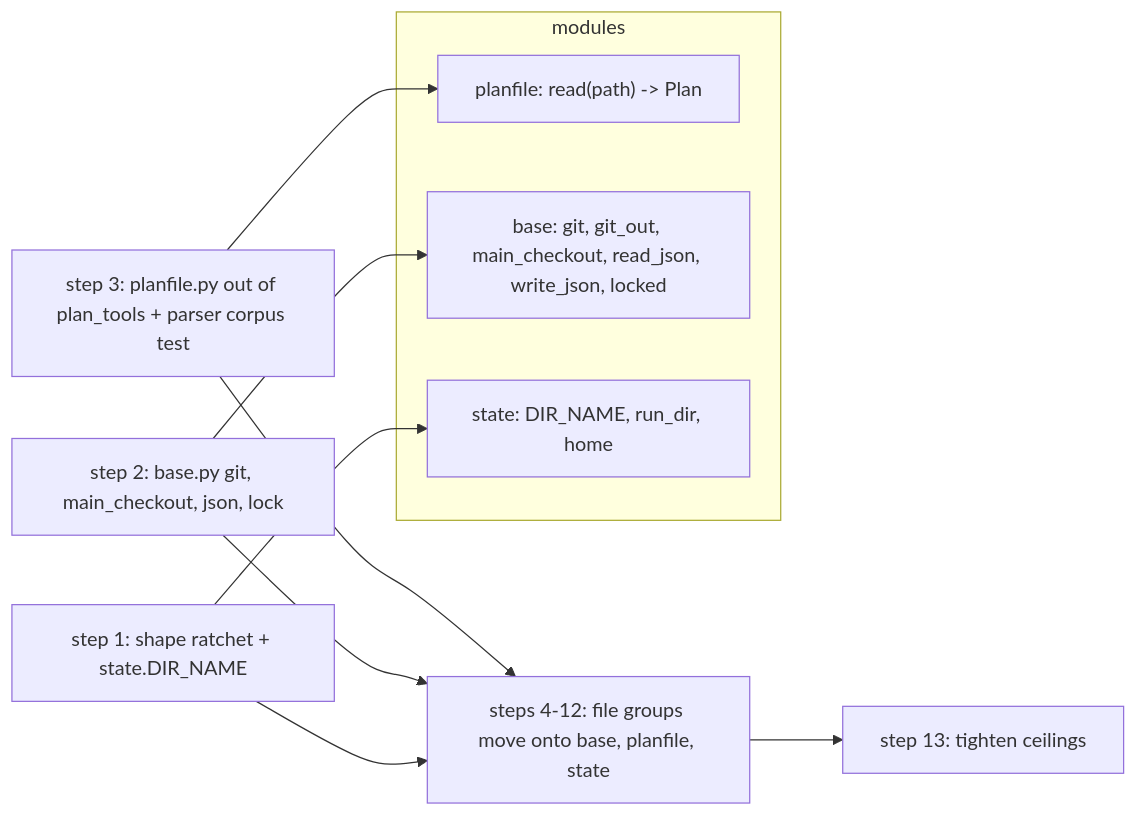
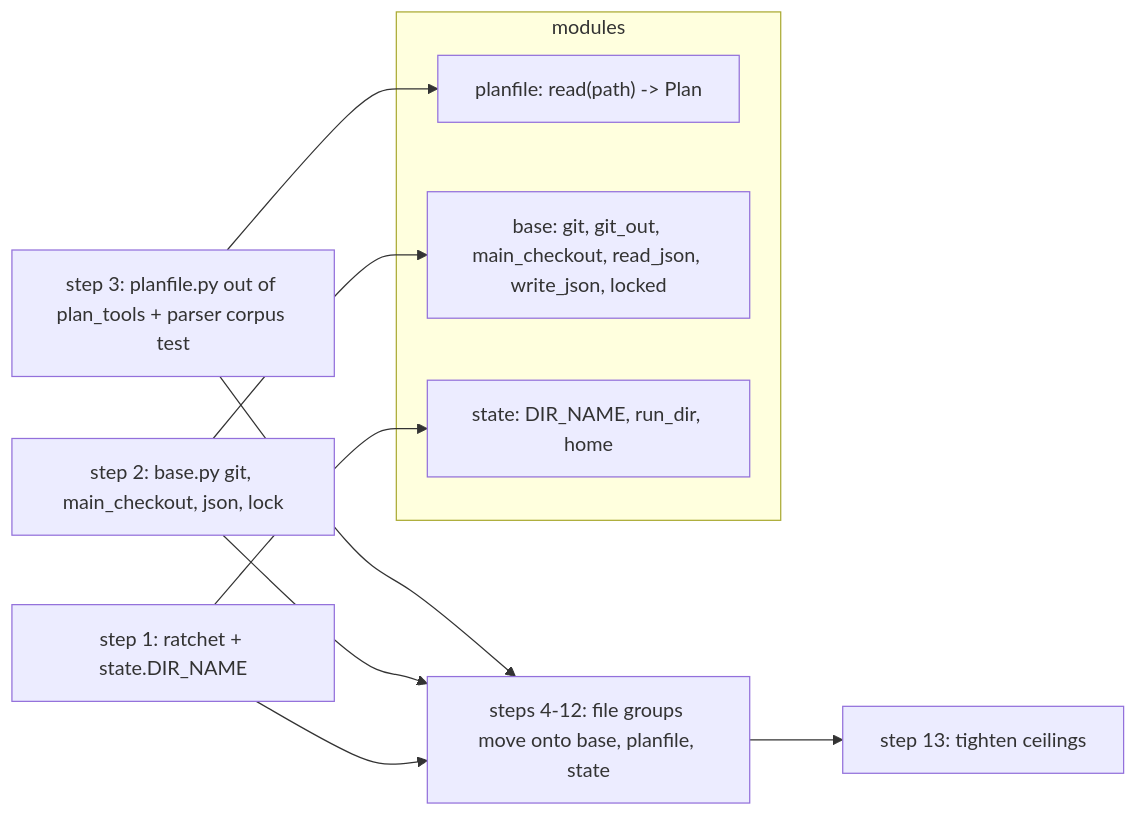
The first of 3 diagrams in docs/plans/shared-base.md (maxboettinger/superlite), drawn with Mermaid before and after one commit. The commit also changed other lines of this file and 1 other file, not shown here.

````diff
--- a/docs/plans/shared-base.md
+++ b/docs/plans/shared-base.md
@@ -29,15 +30,15 @@
 ```mermaid
 flowchart LR
-  S1["step 1: shape ratchet + state.DIR_NAME"] --> S4
+  S1["step 1: ratchet + state.DIR_NAME"] --> S4
   S2["step 2: base.py git, main_checkout, json, lock"] --> S4["steps 4-12: file groups move onto base, planfile, state"]
   S3["step 3: planfile.py out of plan_tools + parser corpus test"] --> S4
   S4 --> S13["step 13: tighten ceilings"]
   subgraph modules
     PF["planfile: read(path) -> Plan"]
     BA["base: git, git_out, main_checkout, read_json, write_json, locked"]
     ST["state: DIR_NAME, run_dir, home"]
   end
   S2 --> BA
   S3 --> PF
   S1 --> ST
 ```
````
